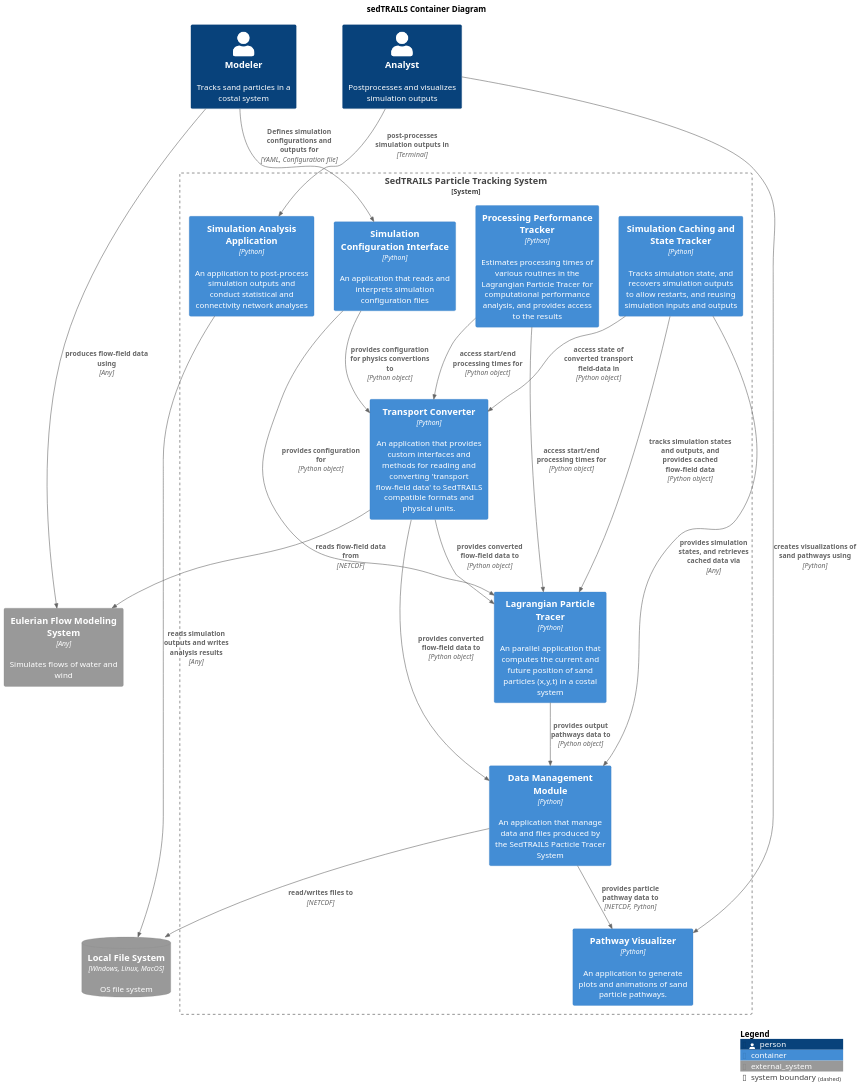
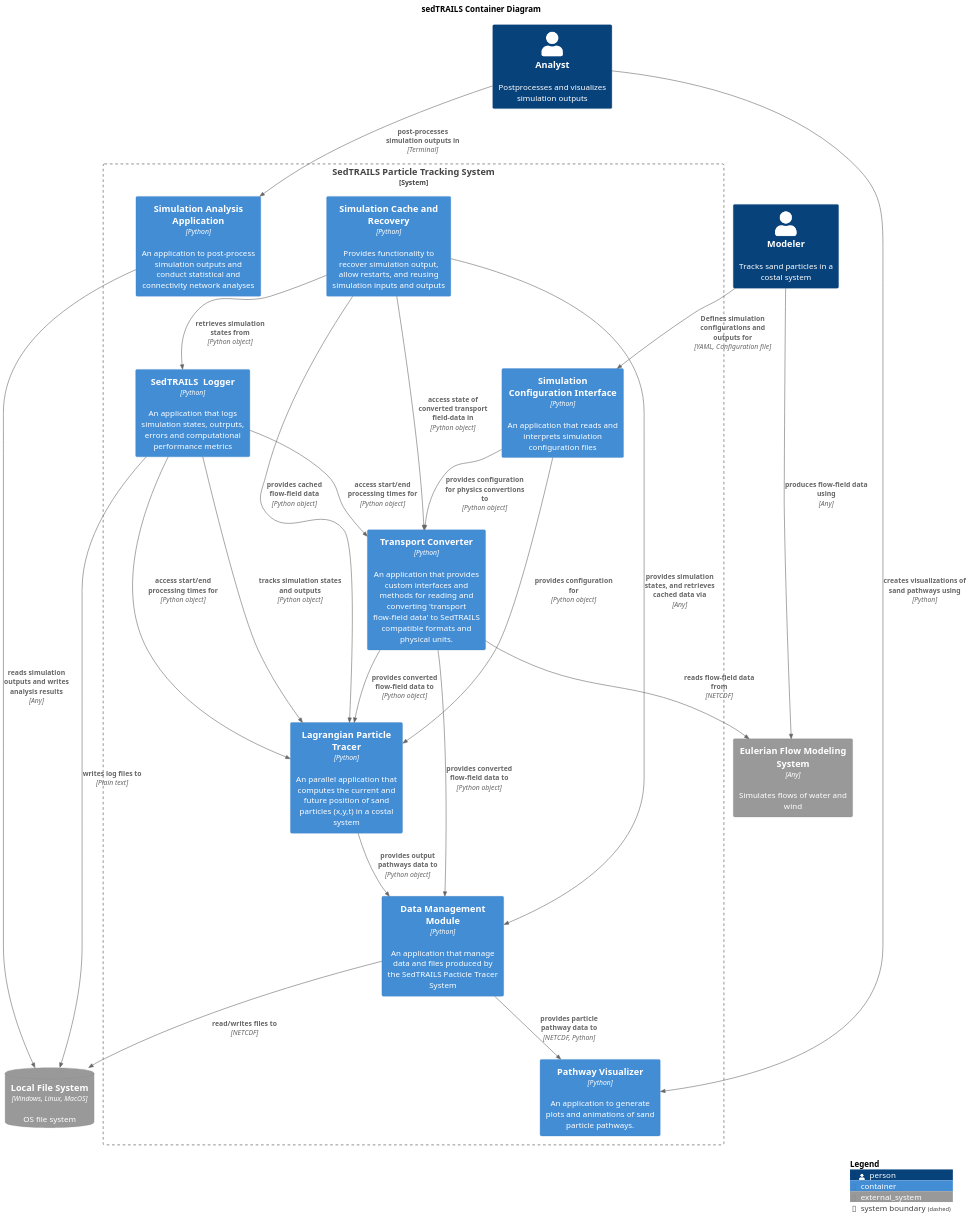
One commit to sgpearson17/sedtrails-sgp changed the diagram in diagrams/containers.puml. Above: the diagram before and after it, drawn with PlantUML. The commit also changed 4 other files, not shown here.

```diff
--- a/diagrams/containers.puml
+++ b/diagrams/containers.puml
@@ -1,58 +1,69 @@
 @startuml SedtrailContainer
 !include ./c4/C4_Container.puml
 
 title sedTRAILS Container Diagram
 scale 1.5
 ' LAYOUT_LANDSCAPE()
 
 Person(modeler, "Modeler", "Tracks sand particles in a costal system")
 Person(analyst, "Analyst", "Postprocesses and visualizes simulation outputs")
 
 System_Boundary(sedtrailsSystem, "SedTRAILS Particle Tracking System"){ 
     Container(sedtrailsTracer, "Lagrangian Particle Tracer", "Python", "An parallel application that computes the current and future position of sand particles (x,y,t) in a costal system")
 
     Container(configInterface, "Simulation Configuration Interface", "Python", "An application that reads and interprets simulation configuration files")
 
+    Container(sedtrailsLogger, "SedTRAILS  Logger", "Python", "An application that logs simulation states, outrputs, errors and computational performance metrics")
+
     Container(transportConverter, "Transport Converter", "Python", "An application that provides custom interfaces and methods for reading and converting 'transport flow-field data' to SedTRAILS compatible formats and physical units.")
+
     Container(pathwayVisualizer, "Pathway Visualizer", "Python", "An application to generate plots and animations of sand particle pathways.")
-    Container(cache, "Simulation Caching and State Tracker", "Python", "Tracks simulation state, and recovers simulation outputs to allow restarts, and reusing simulation inputs and outputs")
+
+    Container(cache, "Simulation Cache and Recovery", "Python", "Provides functionality to recover simulation output, allow restarts, and reusing simulation inputs and outputs")
+
     Container(dataManager, "Data Management Module", "Python", "An application that manage data and files produced by the SedTRAILS Pacticle Tracer System")
 
     Container(analystApp, "Simulation Analysis Application", "Python", "An application to post-process simulation outputs and conduct statistical and connectivity network analyses")
 
-    Container(processingTimeTracker, "Processing Performance Tracker", "Python", "Estimates processing times of various routines in the Lagrangian Particle Tracer ​for computational performance analysis, and provides access to the results​")
-    Rel(processingTimeTracker, transportConverter, "access start/end processing times for", "Python object")
+    Rel(sedtrailsLogger, transportConverter, "access start/end processing times for", "Python object")
 
-    Rel(processingTimeTracker, sedtrailsTracer, "access start/end processing times for", "Python object")
-    
+    Rel(cache, sedtrailsLogger, "retrieves simulation states from", "Python object")
+
+    Rel(sedtrailsLogger, sedtrailsTracer, "access start/end processing times for", "Python object")
  
     Rel(transportConverter, sedtrailsTracer, "provides converted flow-field data to", "Python object")
 
-    Rel(cache, sedtrailsTracer, "tracks simulation states and outputs, and provides cached flow-field data", "Python object")
+    Rel(sedtrailsLogger, sedtrailsTracer, "tracks simulation states and outputs", "Python object")
+
+    Rel(cache, sedtrailsTracer, "provides cached flow-field data", "Python object")
+
+
     Rel(cache, transportConverter, "access state of converted transport field-data in", "Python object")
 
     Rel(configInterface, transportConverter, "provides configuration for physics convertions to", "Python object")
     Rel(configInterface, sedtrailsTracer, "provides configuration for", "Python object")
     Rel(sedtrailsTracer, dataManager, "provides output pathways data to", "Python object")
 
     Rel(transportConverter, dataManager, "provides converted flow-field data to", "Python object") 
     Rel(cache, dataManager, "provides simulation states, and retrieves cached data via", "Any") 
 
     Rel(dataManager, pathwayVisualizer, "provides particle pathway data to", "NETCDF, Python")
 }
 System_Ext(flowSystem, "Eulerian Flow Modeling System", "Simulates flows of water and wind", $type="Any")
 
 SystemDb_Ext(fileSystem, "Local File System", "OS file system", $type="Windows, Linux, MacOS")
 
 Rel(dataManager, fileSystem, "read/writes files to", "NETCDF")
 Rel(modeler, configInterface, "Defines simulation configurations and outputs for", "YAML, Configuration file")
 
 Rel(analyst, pathwayVisualizer, "creates visualizations of sand pathways using", "Python")
 Rel(analyst, analystApp, "post-processes simulation outputs in", "Terminal")
 Rel(analystApp, fileSystem, "reads simulation outputs and writes analysis results", "Any")
 
+Rel(sedtrailsLogger, fileSystem, "writes log files to", "Plain text")
+
 Rel(modeler, flowSystem, "produces flow-field data using", "Any")
 Rel(transportConverter, flowSystem, "reads flow-field data from", "NETCDF")
 
 SHOW_LEGEND()
 @enduml
```
